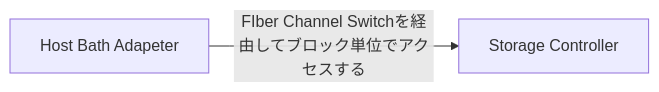
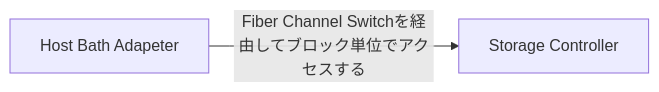
One commit to yakatakaya/yakatakaya.github.io changed the diagram in _posts/2022-02-19-NW_SAN.md. Above: the diagram before and after it, drawn with Mermaid. The commit also changed 1 other file, not shown here.

Commit message:
検定、推定の計算式を学習

````diff
--- a/_posts/2022-02-19-NW_SAN.md
+++ b/_posts/2022-02-19-NW_SAN.md
@@ -26,6 +26,6 @@
 ```mermaid
 
 flowchart LR
-    HBA[Host Bath Adapeter] -- FIber Channel Switchを経由してブロック単位でアクセスする --> SC[Storage Controller]
+    HBA[Host Bath Adapeter] -- Fiber Channel Switchを経由してブロック単位でアクセスする --> SC[Storage Controller]
 
 ```
````
